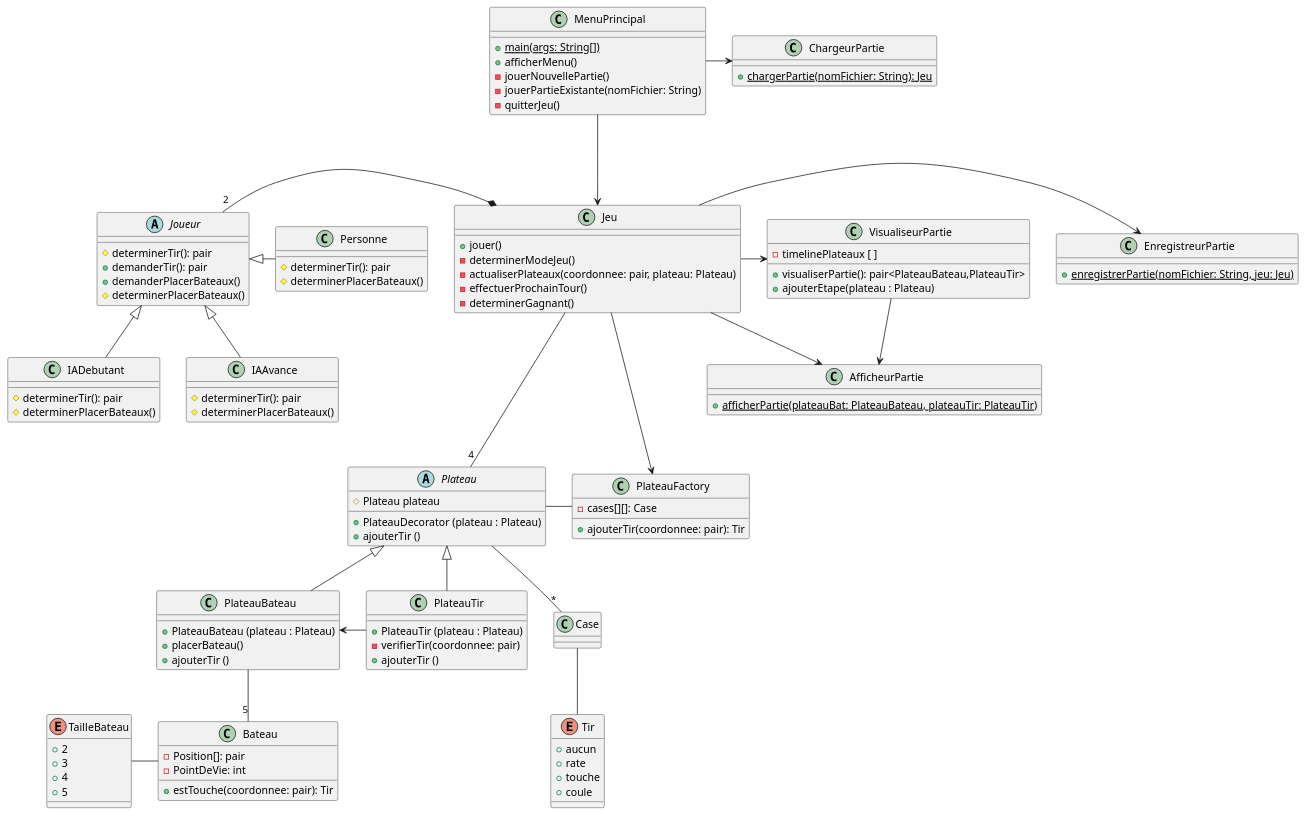
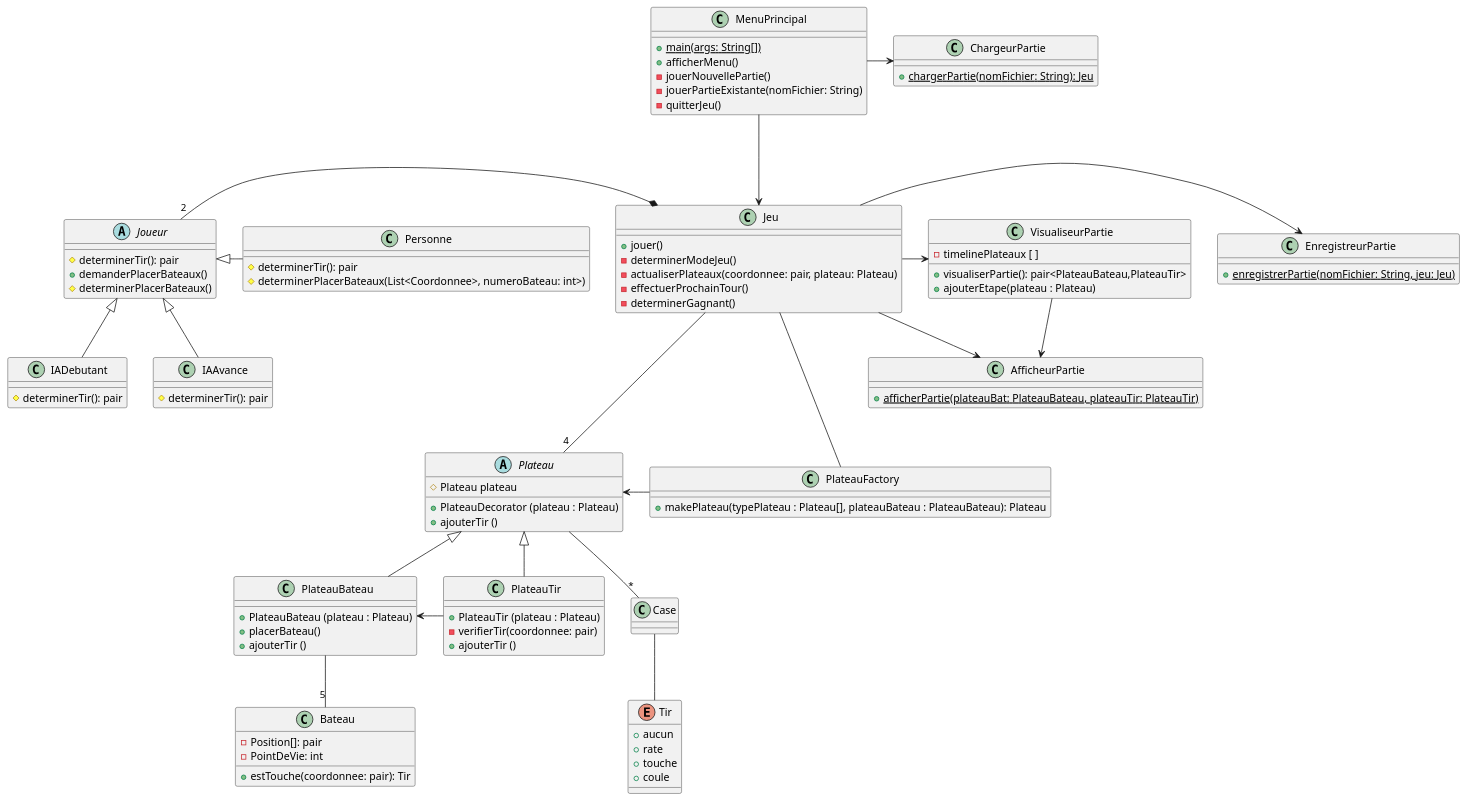
Before and after one commit to Patroklos99/5153_TP2-Battleship-AI-Pattern-Conception_Engineering2: the diagram in diagrammes_conception/diagrammes_patrons/classes_factory.puml, drawn with PlantUML.

Commit message:
Modif fonctions correspondates

```diff
--- a/diagrammes_conception/diagrammes_patrons/classes_factory.puml
+++ b/diagrammes_conception/diagrammes_patrons/classes_factory.puml
@@ -1,125 +1,113 @@
 @startuml
 class PlateauFactory{
-    - cases[][]: Case
-    + ajouterTir(coordonnee: pair): Tir
+    + makePlateau(typePlateau : Plateau[], plateauBateau : PlateauBateau): Plateau
 }
 
 abstract class Plateau {
     # Plateau plateau
     + PlateauDecorator (plateau : Plateau)
     + ajouterTir ()
 }
 
 
 abstract class Joueur{
     # determinerTir(): pair
-    + demanderTir(): pair
     + demanderPlacerBateaux()
     # determinerPlacerBateaux()
 }
 
 class MenuPrincipal{
     + {static} main(args: String[])
     + afficherMenu()
     - jouerNouvellePartie()
     - jouerPartieExistante(nomFichier: String)
     - quitterJeu()
 }
 
 class Jeu {
     + jouer()
     - determinerModeJeu()
     - actualiserPlateaux(coordonnee: pair, plateau: Plateau)
     - effectuerProchainTour()
     - determinerGagnant()
 }
 
 class PlateauBateau {
     + PlateauBateau (plateau : Plateau)
     + placerBateau()
     + ajouterTir ()
 }
 
 class PlateauTir {
     + PlateauTir (plateau : Plateau)
     - verifierTir(coordonnee: pair)
     + ajouterTir ()
 }
 
 class Bateau {
     - Position[]: pair
     - PointDeVie: int
     + estTouche(coordonnee: pair): Tir
 }
 
-enum TailleBateau {
-    + 2
-    + 3
-    + 4
-    + 5
-}
-
 class Case {
 }
 
 enum Tir {
     + aucun
     + rate
     + touche
     + coule
 }
 
 class IADebutant {
     # determinerTir(): pair
-    # determinerPlacerBateaux()
 }
 
 class IAAvance{
     # determinerTir(): pair
-    # determinerPlacerBateaux()
 }
 
 class ChargeurPartie {
     + {static} chargerPartie(nomFichier: String): Jeu
 }
 
 class VisualiseurPartie {
     - timelinePlateaux [ ]
     + visualiserPartie(): pair<PlateauBateau,PlateauTir>
     + ajouterEtape(plateau : Plateau)
 }
 
 class AfficheurPartie {
     + {static} afficherPartie(plateauBat: PlateauBateau, plateauTir: PlateauTir)
 }
 
 class EnregistreurPartie {
     + {static} enregistrerPartie(nomFichier: String, jeu: Jeu)
 }
 
 class Personne {
     # determinerTir(): pair
-    # determinerPlacerBateaux()
+    # determinerPlacerBateaux(List<Coordonnee>, numeroBateau: int>)
 }
 
 PlateauBateau -- "5" Bateau
-Bateau -left- TailleBateau
 Plateau <|-- PlateauBateau
 Plateau <|-- PlateauTir
 Jeu -right-> EnregistreurPartie
 Jeu -right-> VisualiseurPartie
 Jeu -right-> AfficheurPartie
 MenuPrincipal -> ChargeurPartie
 MenuPrincipal ---> Jeu
 Jeu --- "4" Plateau
 Plateau -down- "*" Case
 Case -- Tir
 Joueur <|-right- Personne
 Joueur <|-down- IADebutant
 Joueur <|-down- IAAvance
 Jeu *-left-- "2" Joueur
 PlateauBateau <- PlateauTir
 VisualiseurPartie --> AfficheurPartie
-PlateauFactory -left- Plateau
-Jeu -->  PlateauFactory
+PlateauFactory -left-> Plateau
+Jeu --  PlateauFactory
 @enduml
```
